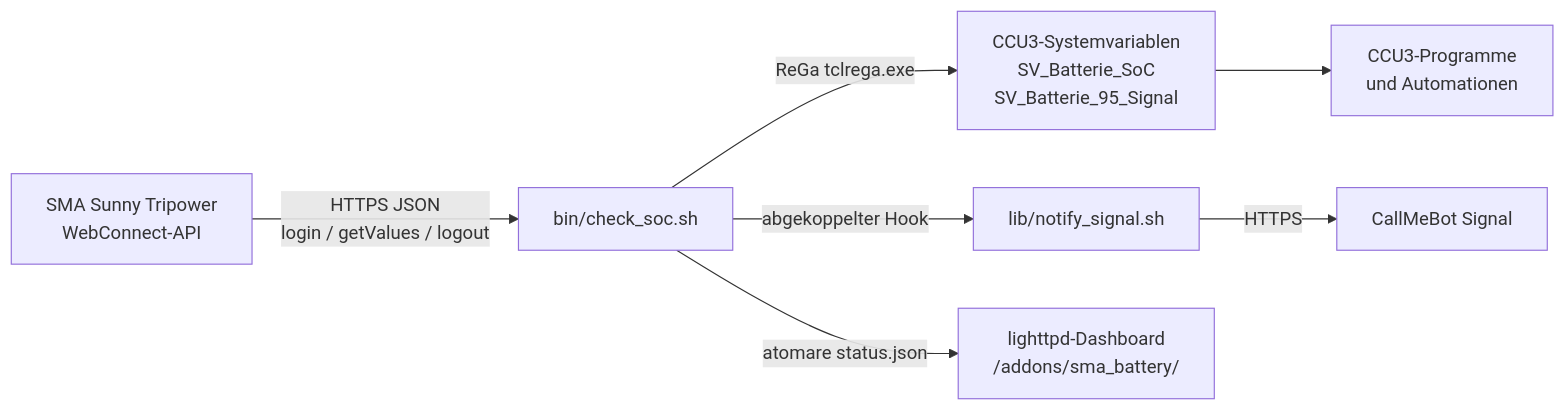
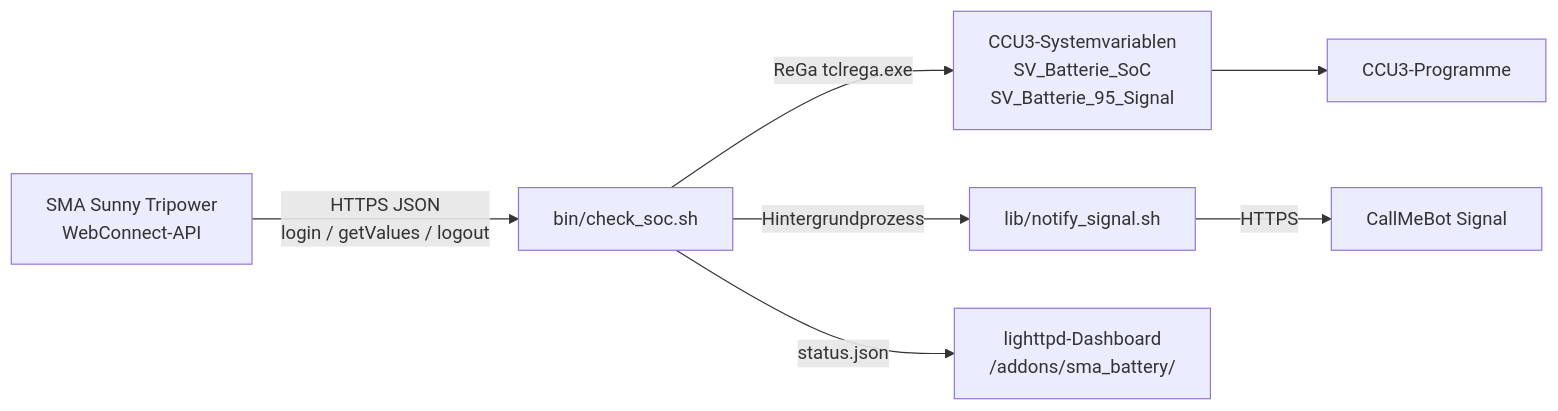
Before and after one commit to czett/sentinella: the diagram in README.de.md, drawn with Mermaid. The commit also changed other lines of this file and 8 other files, not shown here.

````diff
--- a/README.de.md
+++ b/README.de.md
@@ -18,9 +14,9 @@
 ```mermaid
 flowchart LR
     A[SMA Sunny Tripower<br/>WebConnect-API] -->|HTTPS JSON<br/>login / getValues / logout| B[bin/check_soc.sh]
     B -->|ReGa tclrega.exe| C[CCU3-Systemvariablen<br/>SV_Batterie_SoC<br/>SV_Batterie_95_Signal]
-    C --> D[CCU3-Programme<br/>und Automationen]
-    B -->|abgekoppelter Hook| E[lib/notify_signal.sh]
+    C --> D[CCU3-Programme]
+    B -->|Hintergrundprozess| E[lib/notify_signal.sh]
     E -->|HTTPS| F[CallMeBot Signal]
-    B -->|atomare status.json| G[lighttpd-Dashboard<br/>/addons/sma_battery/]
+    B -->|status.json| G[lighttpd-Dashboard<br/>/addons/sma_battery/]
 ```
````
